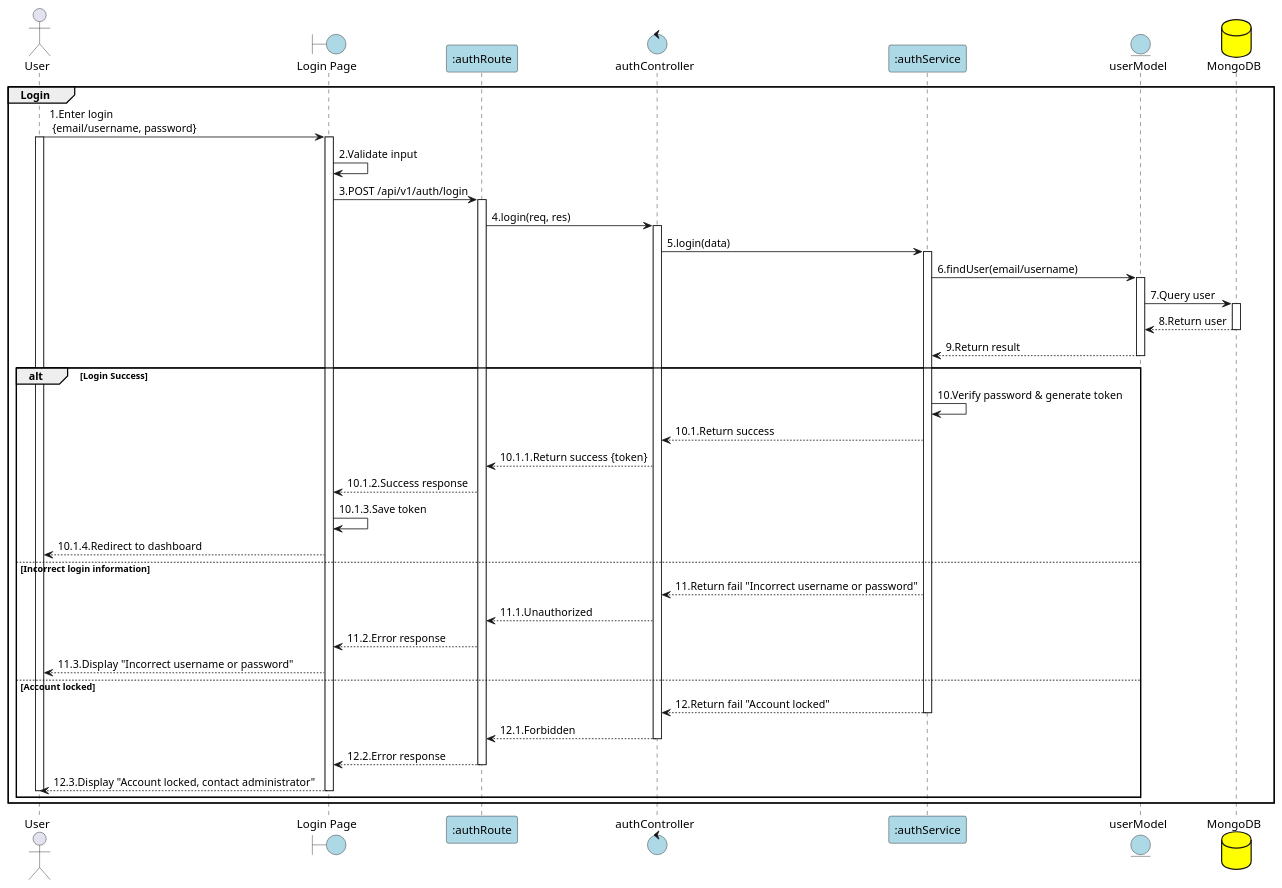
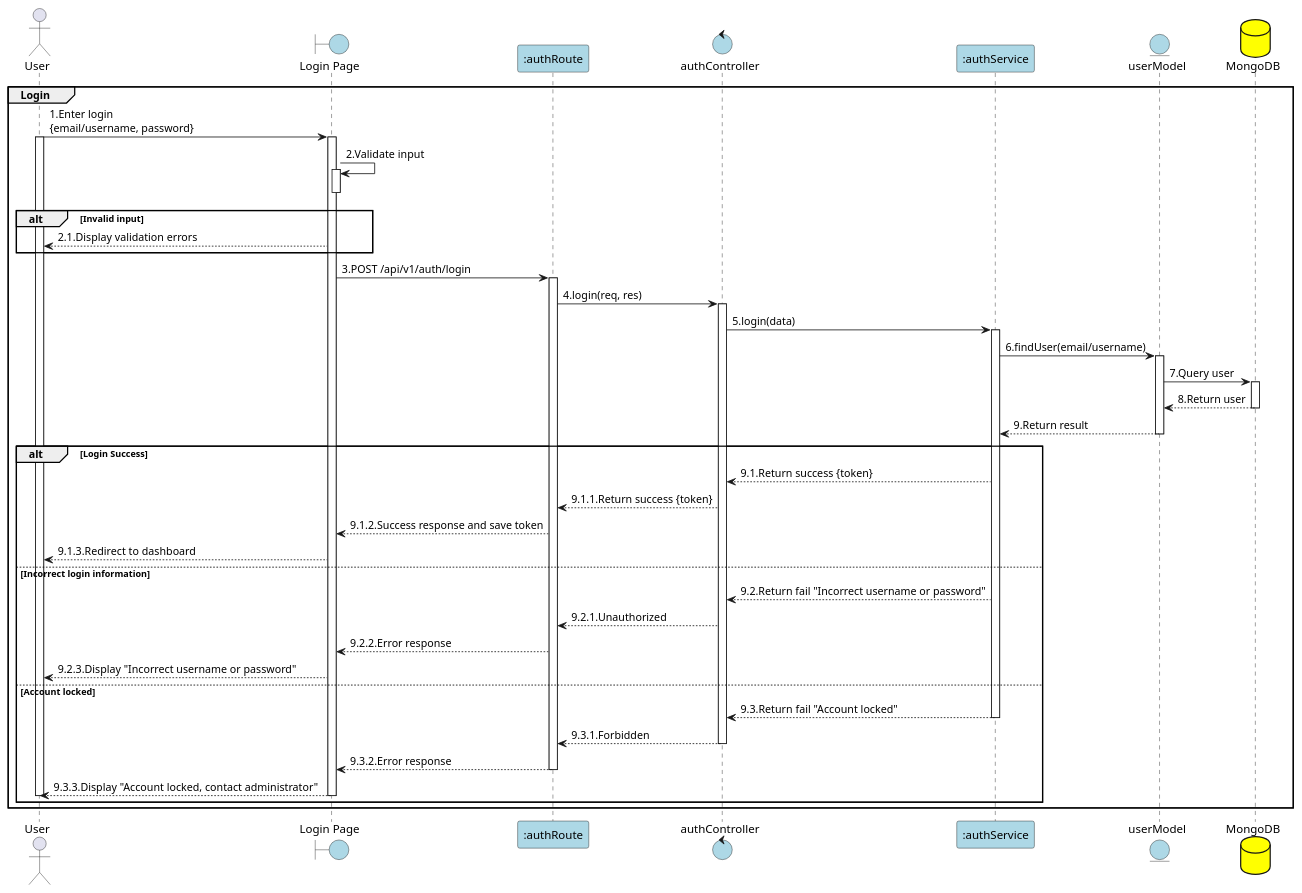
Before and after one commit to Aohkne/CaloCook: the diagram in PlanUML/1_login.puml, drawn with PlantUML. The commit also changed 17 other files, not shown here.

```diff
--- a/PlanUML/1_login.puml
+++ b/PlanUML/1_login.puml
@@ -1,73 +1,68 @@
 @startuml Login
 
 actor User as "User"
 boundary "Login Page" as View #lightblue
 participant ":authRoute" as Routes_FE #lightblue
 control "authController" as Controller #lightblue
 participant ":authService" as Service #lightblue
 entity "userModel" as Model #lightblue
 database "MongoDB" as MongoDB #yellow
 
 group Login
-User -> View: 1.Enter login\n {email/username, password}
+User -> View: 1.Enter login\n{email/username, password}
 activate View
 activate User
 
 View -> View: 2.Validate input
-View -> Routes_FE: 3.POST /api/v1/auth/login
-activate Routes_FE
+activate View
+deactivate View
 
-Routes_FE -> Controller: 4.login(req, res)
-activate Controller
+alt Invalid input
+    View --> User: 2.1.Display validation errors
+end
+    View -> Routes_FE: 3.POST /api/v1/auth/login
+    activate Routes_FE
 
-Controller -> Service: 5.login(data)
-activate Service
+    Routes_FE -> Controller: 4.login(req, res)
+    activate Controller
 
-Service -> Model: 6.findUser(email/username)
-activate Model
+    Controller -> Service: 5.login(data)
+    activate Service
 
-Model -> MongoDB: 7.Query user
-activate MongoDB
-MongoDB --> Model: 8.Return user
-deactivate MongoDB
+    Service -> Model: 6.findUser(email/username)
+    activate Model
 
-Model --> Service: 9.Return result
-deactivate Model
+    Model -> MongoDB: 7.Query user
+    activate MongoDB
+    MongoDB --> Model: 8.Return user
+    deactivate MongoDB
 
-alt Login Success
-    Service -> Service: 10.Verify password & generate token
-    Service --> Controller: 10.1.Return success
+    Model --> Service: 9.Return result
+    deactivate Model
 
-    Controller --> Routes_FE: 10.1.1.Return success {token}
+    alt Login Success
+        Service --> Controller: 9.1.Return success {token}
+        Controller --> Routes_FE: 9.1.1.Return success {token}
+        Routes_FE --> View: 9.1.2.Success response and save token
+        View --> User: 9.1.3.Redirect to dashboard
 
-    Routes_FE --> View: 10.1.2.Success response
+    else Incorrect login information
+        Service --> Controller: 9.2.Return fail "Incorrect username or password"
+        Controller --> Routes_FE: 9.2.1.Unauthorized
+        Routes_FE --> View: 9.2.2.Error response
+        View --> User: 9.2.3.Display "Incorrect username or password"
 
-    View -> View: 10.1.3.Save token
-    View --> User: 10.1.4.Redirect to dashboard
-
-else Incorrect login information
-    Service --> Controller: 11.Return fail "Incorrect username or password"
-
-    Controller --> Routes_FE: 11.1.Unauthorized
-
-    Routes_FE --> View: 11.2.Error response
-
-    View --> User: 11.3.Display "Incorrect username or password"
-
-else Account locked
-    Service --> Controller: 12.Return fail "Account locked"
-    deactivate Service
-
-    Controller --> Routes_FE: 12.1.Forbidden
-    deactivate Controller
-
-    Routes_FE --> View: 12.2.Error response
-    deactivate Routes_FE
-
-    View --> User: 12.3.Display "Account locked, contact administrator"
-    deactivate View
-    deactivate User
-end
+    else Account locked
+        Service --> Controller: 9.3.Return fail "Account locked"
+        deactivate Service
+        Controller --> Routes_FE: 9.3.1.Forbidden
+        deactivate Controller
+        Routes_FE --> View: 9.3.2.Error response
+        deactivate Routes_FE
+        View --> User: 9.3.3.Display "Account locked, contact administrator"
+        deactivate View
+        deactivate User
+    end
 end
 
 @enduml
```
